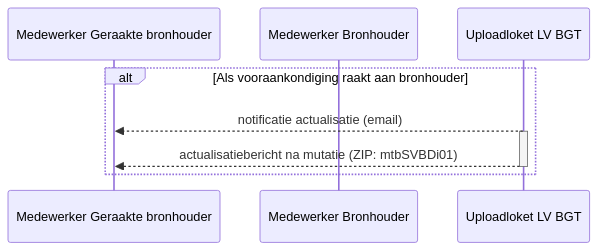
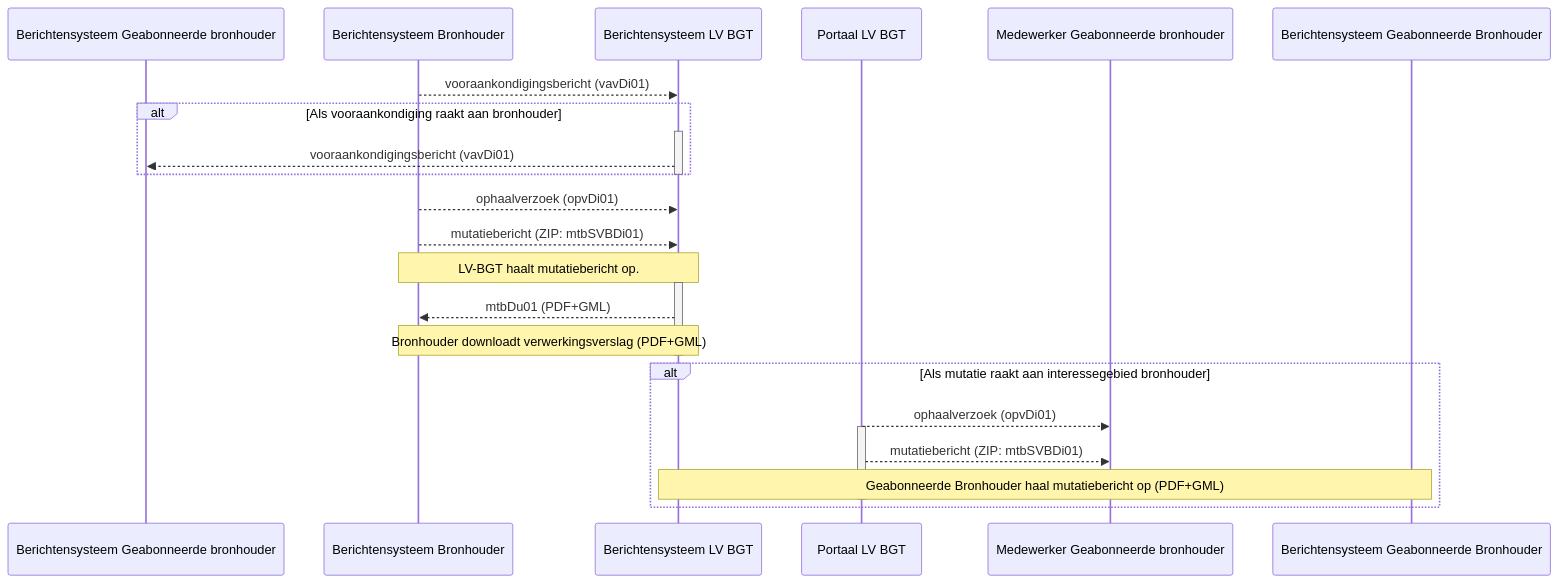
Before and after one commit to Geonovum/IMGeo: the second of 2 diagrams in werkafspraken/bgt-berichtenverkeer/2-werkafspraak.md, drawn with Mermaid. The commit also changed other lines of this file and 2 other files, not shown here.

```diff
--- a/werkafspraken/bgt-berichtenverkeer/2-werkafspraak.md
+++ b/werkafspraken/bgt-berichtenverkeer/2-werkafspraak.md
@@ -91,12 +93,26 @@
 <div class="mermaid">
 sequenceDiagram          
-    participant Medewerker Geraakte bronhouder    
-    participant Medewerker Bronhouder  
-    participant Uploadloket LV BGT      
+    participant Berichtensysteem Geabonneerde  bronhouder    
+    participant Berichtensysteem Bronhouder  
+    participant Berichtensysteem LV BGT   
+    Berichtensysteem Bronhouder-->>Berichtensysteem LV BGT: vooraankondigingsbericht (vavDi01)
     alt Als vooraankondiging raakt aan bronhouder
-    Uploadloket LV BGT-->>Medewerker Geraakte bronhouder: notificatie actualisatie (email)
-    activate Uploadloket LV BGT
-    Uploadloket LV BGT-->>Medewerker Geraakte bronhouder: actualisatiebericht na mutatie (ZIP: mtbSVBDi01)
-    deactivate Uploadloket LV BGT
+    activate Berichtensysteem LV BGT    
+    Berichtensysteem LV BGT-->>Berichtensysteem Geabonneerde  bronhouder: vooraankondigingsbericht (vavDi01)
+    end
+    deactivate Berichtensysteem LV BGT
+    Berichtensysteem Bronhouder-->>Berichtensysteem LV BGT: ophaalverzoek (opvDi01)
+	Berichtensysteem Bronhouder-->>Berichtensysteem LV BGT: mutatiebericht (ZIP: mtbSVBDi01)
+	Note over Berichtensysteem Bronhouder ,  Berichtensysteem LV BGT: LV-BGT haalt mutatiebericht op.	   
+    activate Berichtensysteem LV BGT
+	Berichtensysteem LV BGT-->>Berichtensysteem Bronhouder: mtbDu01 (PDF+GML)	
+    Note over Berichtensysteem Bronhouder ,  Berichtensysteem LV BGT: Bronhouder downloadt verwerkingsverslag (PDF+GML)
+    deactivate Berichtensysteem LV BGT
+    alt Als mutatie raakt aan interessegebied bronhouder
+    Portaal LV BGT-->>Medewerker Geabonneerde  bronhouder: ophaalverzoek (opvDi01)
+    activate Portaal LV BGT
+    Portaal LV BGT-->>Medewerker Geabonneerde  bronhouder: mutatiebericht (ZIP: mtbSVBDi01)
+	Note over Berichtensysteem Geabonneerde Bronhouder, Berichtensysteem LV BGT: Geabonneerde Bronhouder haal mutatiebericht op (PDF+GML)
+    deactivate Portaal LV BGT
     end
 </div>
```
